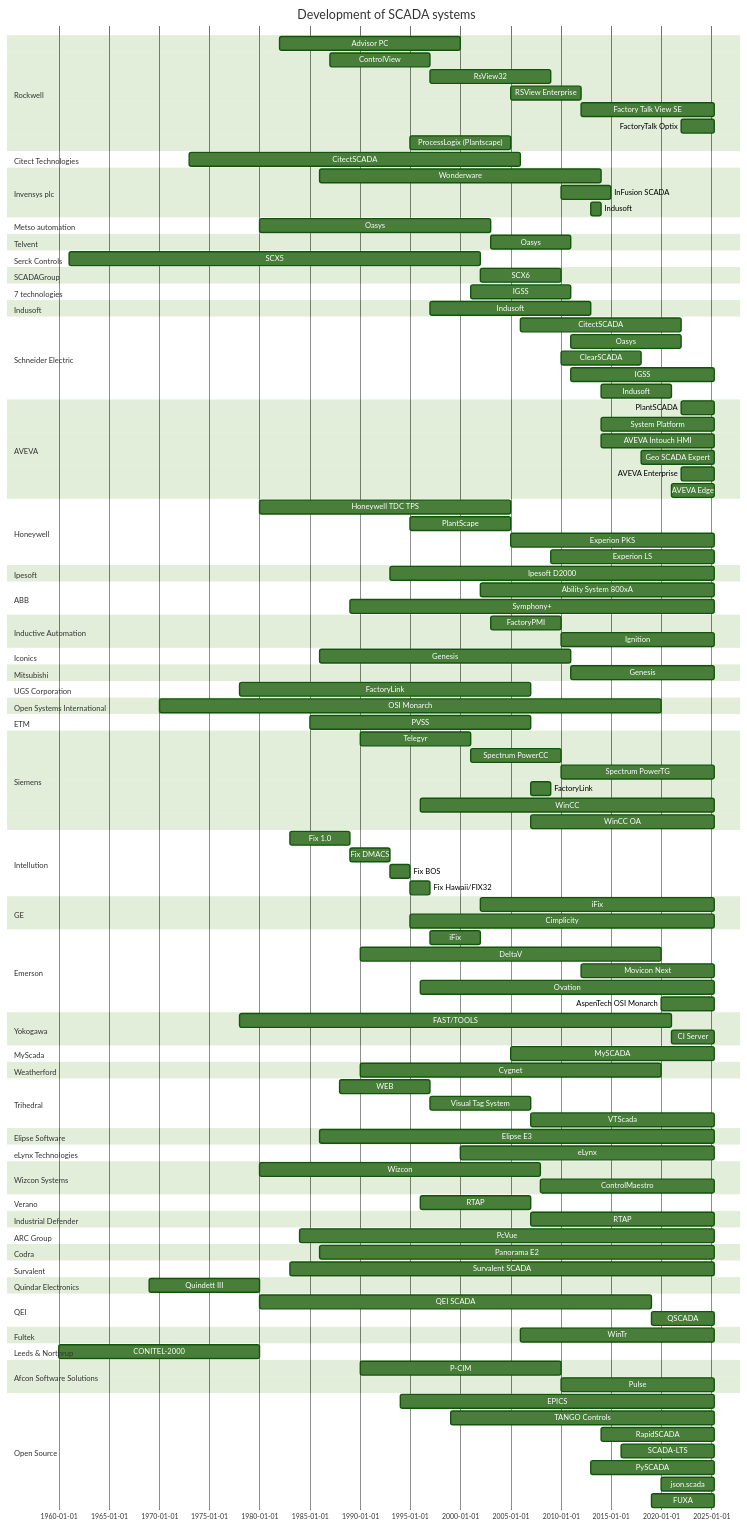
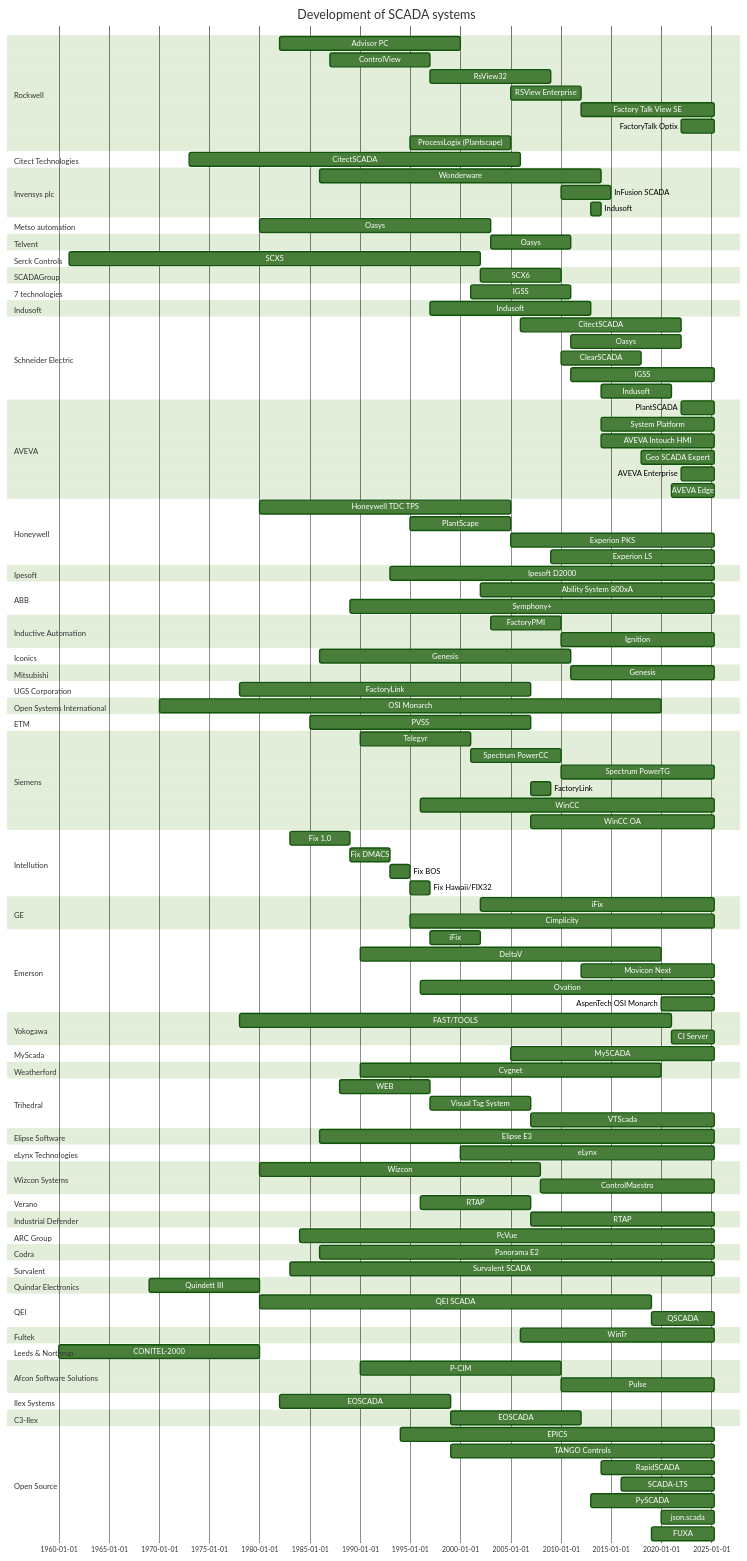
Before and after one commit to hutcheb/scada-timeline: the diagram in README.md, drawn with Mermaid (forest theme).

Commit message:
feat: Add EOScada

```diff
--- a/README.md
+++ b/README.md
@@ -191,6 +191,13 @@
         %%(https://afconsws.com/news/end-of-support-declared-for-p-cim-software/)
         P-CIM : pcim, 1990, 2010
         Pulse : pulse, after pcim, until 2025
+    section Ilex Systems
+        %%(https://www.cisa.gov/news-events/ics-advisories/icsa-12-271-01)
+        EOSCADA : eoscada, 1982, 1999
+    section C3-Ilex
+        %%(https://www.electricnet.com/doc/c3-ilex-llc-0001)
+        %%(Estimate)
+        EOSCADA : eoscada_c3, after eoscada, 2012
     section Open Source
         %%(https://en.wikipedia.org/wiki/EPICS)
         EPICS : epics, 1994, until 2025
```
